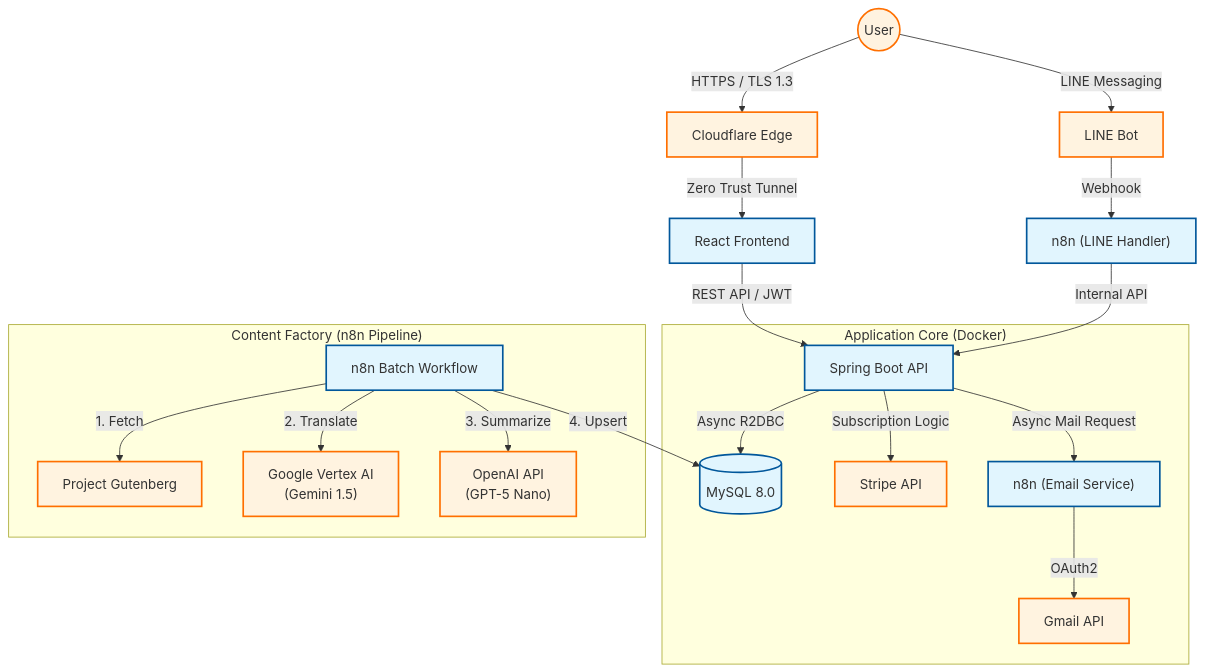
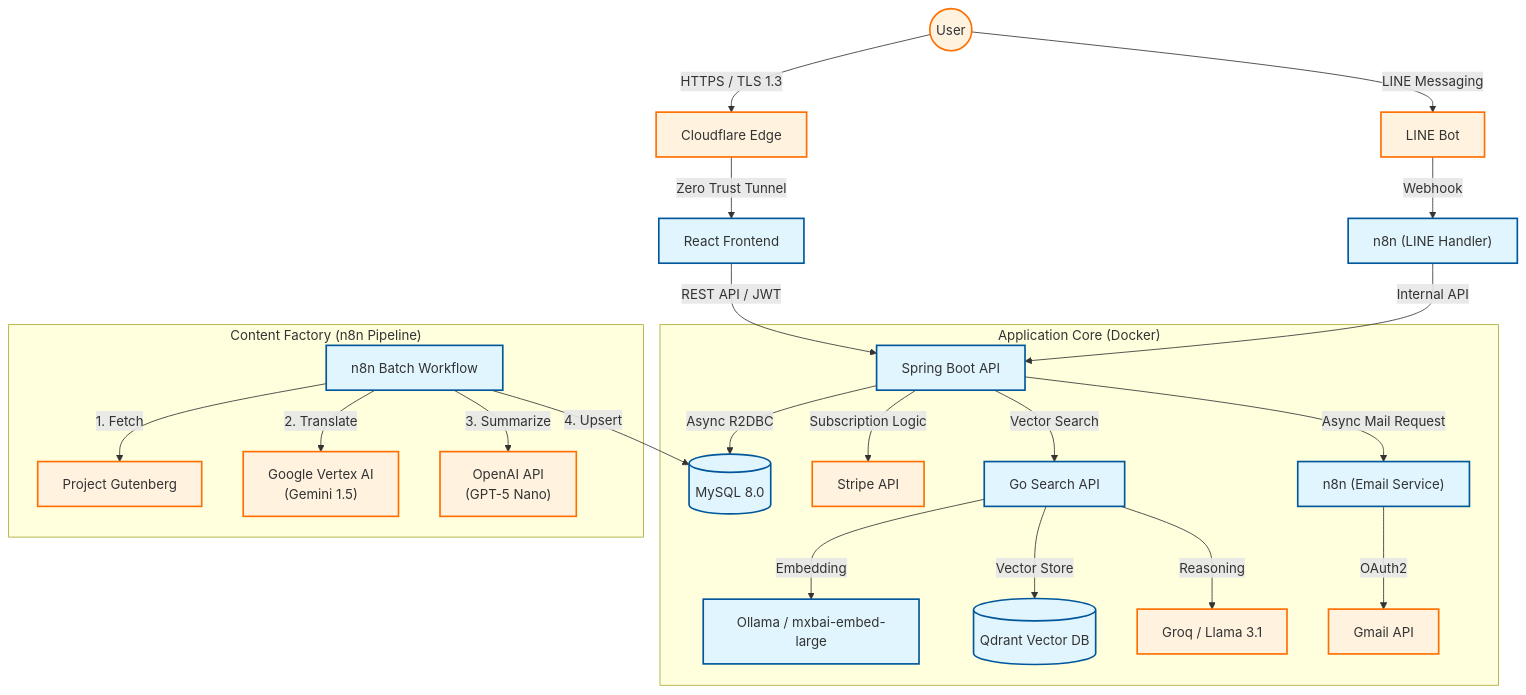
Before and after one commit to mokkoroneo/smartbrief: the diagram in docs/system-architecture-public.md, drawn with Mermaid. The commit also changed other lines of this file, not shown here.

Commit message:
docs(architecture): add search stack to diagram, sync versions, reflect phase B hardening

````diff
--- a/docs/system-architecture-public.md
+++ b/docs/system-architecture-public.md
@@ -32,34 +32,42 @@
 ```mermaid
 graph TD
     %% アクセス層
     User((User)) -->|HTTPS / TLS 1.3| CF[Cloudflare Edge]
     CF -->|Zero Trust Tunnel| FE[React Frontend]
     User -->|LINE Messaging| LINE[LINE Bot]
     
     FE -->|REST API / JWT| BE[Spring Boot API]
     
     %% 外部連携 & マイクロサービス
     LINE -->|Webhook| n8n_bot["n8n (LINE Handler)"]
     n8n_bot -->|Internal API| BE
     
     %% アプリケーションコア
     subgraph "Application Core (Docker)"
         BE -->|Async R2DBC| MySQL[("MySQL 8.0")]
         BE -->|Subscription Logic| Stripe[Stripe API]
+
+        BE -->|Vector Search| SearchAPI[Go Search API]
+
+        SearchAPI -->|Embedding| Ollama[Ollama / mxbai-embed-large]
+
+        SearchAPI -->|Vector Store| Qdrant[(Qdrant Vector DB)]
+
+        SearchAPI -->|Reasoning| Groq[Groq / Llama 3.1]
         BE -->|Async Mail Request| n8n_mail["n8n (Email Service)"]
         n8n_mail -->|OAuth2| Gmail[Gmail API]
     end
     
     %% コンテンツ生成ファクトリー
     subgraph "Content Factory (n8n Pipeline)"
         n8n_batch[n8n Batch Workflow] -->|1. Fetch| Gutenberg[Project Gutenberg]
         n8n_batch -->|2. Translate| Vertex["Google Vertex AI<br/>(Gemini 1.5)"]
         n8n_batch -->|3. Summarize| OpenAI["OpenAI API<br/>(GPT-5 Nano)"]
         n8n_batch -->|4. Upsert| MySQL
     end
 
     classDef container fill:#e1f5fe,stroke:#01579b,stroke-width:2px;
     classDef external fill:#fff3e0,stroke:#ff6f00,stroke-width:2px;
-    class FE,BE,n8n_bot,n8n_mail,n8n_batch,MySQL container;
-    class User,Stripe,Gutenberg,Vertex,OpenAI,LINE,Gmail,CF external;
+    class FE,BE,n8n_bot,n8n_mail,n8n_batch,MySQL,SearchAPI,Qdrant,Ollama container;
+    class User,Stripe,Gutenberg,Vertex,OpenAI,LINE,Gmail,CF,Groq external;
 ```
````
